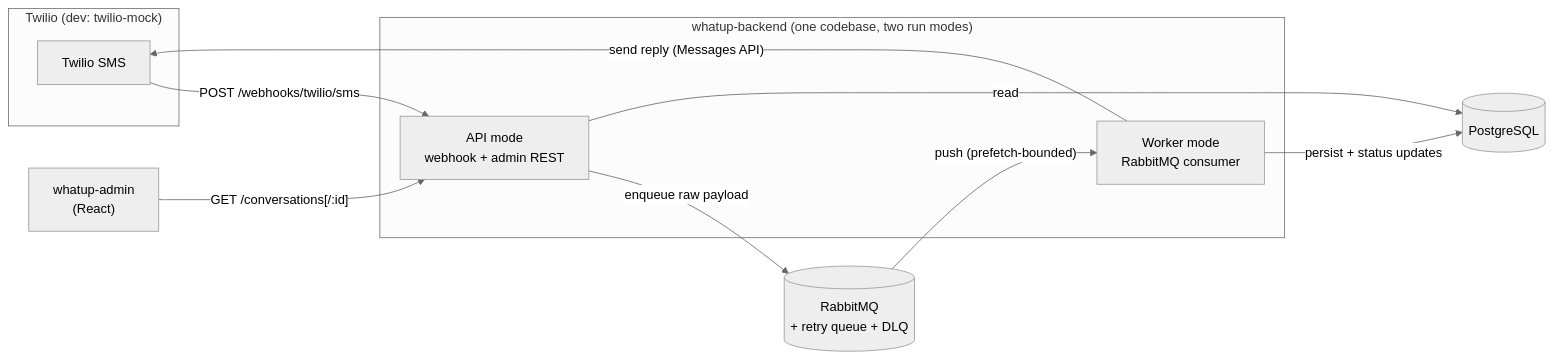
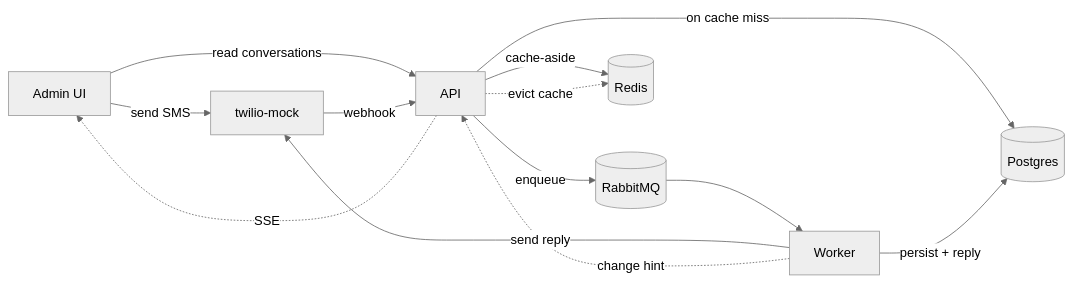
One commit to n0minal/WhatUp changed the first of 2 diagrams in docs/DESIGN.md. Above: the diagram before and after it, drawn with Mermaid (neutral theme). The commit also changed other lines of this file, not shown here.

````diff
--- a/docs/DESIGN.md
+++ b/docs/DESIGN.md
@@ -20,21 +20,15 @@
 ```mermaid
 flowchart LR
-    subgraph "Twilio (dev: twilio-mock)"
-        T[Twilio SMS]
-    end
-    subgraph "whatup-backend (one codebase, two run modes)"
-        API["API mode<br/>webhook + admin REST"]
-        W["Worker mode<br/>RabbitMQ consumer"]
-    end
-    Q[(RabbitMQ<br/>+ retry queue + DLQ)]
-    PG[(PostgreSQL)]
-    A["whatup-admin<br/>(React)"]
-
-    T -- "POST /webhooks/twilio/sms" --> API
-    API -- "enqueue raw payload" --> Q
-    Q -- "push (prefetch-bounded)" --> W
-    W -- "persist + status updates" --> PG
-    W -- "send reply (Messages API)" --> T
-    A -- "GET /conversations[/:id]" --> API
-    API -- read --> PG
+  UI[Admin UI] -- "send SMS" --> TW[twilio-mock]
+  UI -- "read conversations" --> API[API]
+  TW -- "webhook" --> API
+  API -- "enqueue" --> MQ[(RabbitMQ)]
+  API -- "cache-aside" --> RD[(Redis)]
+  API -- "on cache miss" --> DB[(Postgres)]
+  MQ --> WK[Worker]
+  WK -- "persist + reply" --> DB
+  WK -- "send reply" --> TW
+  WK -. "change hint" .-> API
+  API -. "evict cache" .-> RD
+  API -. "SSE" .-> UI
 ```
````
